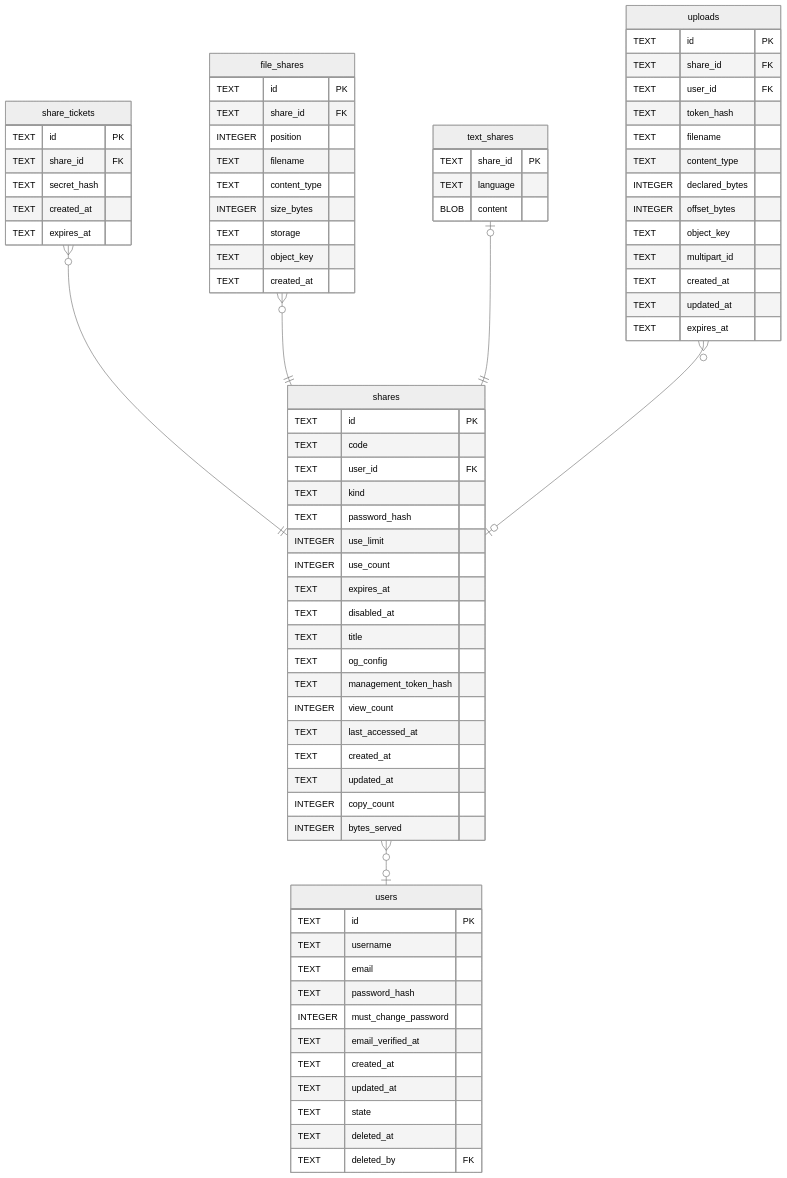
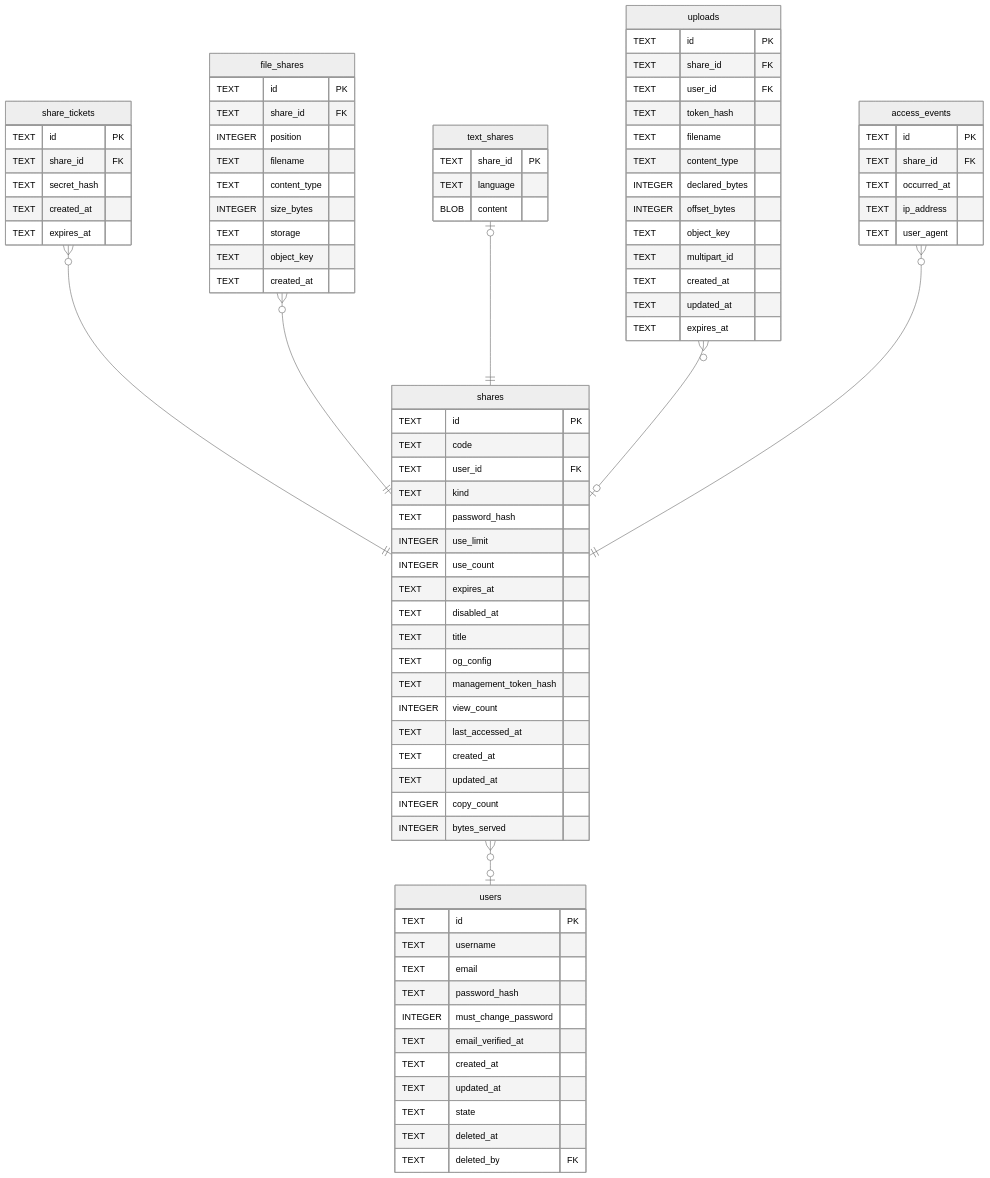
One commit to Limatura/tessera changed the diagram in docs/schema/shares.md. Above: the diagram before and after it, drawn with Mermaid (neutral theme). The commit also changed other lines of this file and 26 other files, not shown here.

```diff
--- a/docs/schema/shares.md
+++ b/docs/schema/shares.md
@@ -99,6 +99,7 @@
 "file_shares" }o--|| "shares" : ""
 "text_shares" |o--|| "shares" : ""
 "uploads" }o--o| "shares" : ""
+"access_events" }o--|| "shares" : ""
 "shares" }o--o| "users" : ""
 
 "shares" {
@@ -159,6 +160,13 @@
   TEXT updated_at
   TEXT expires_at
 }
+"access_events" {
+  TEXT id PK
+  TEXT share_id FK
+  TEXT occurred_at
+  TEXT ip_address
+  TEXT user_agent
+}
 "users" {
   TEXT id PK
   TEXT username
```
